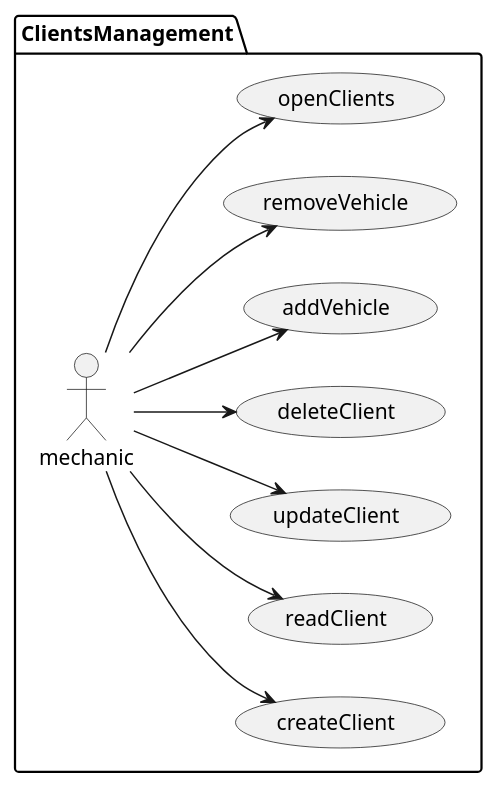
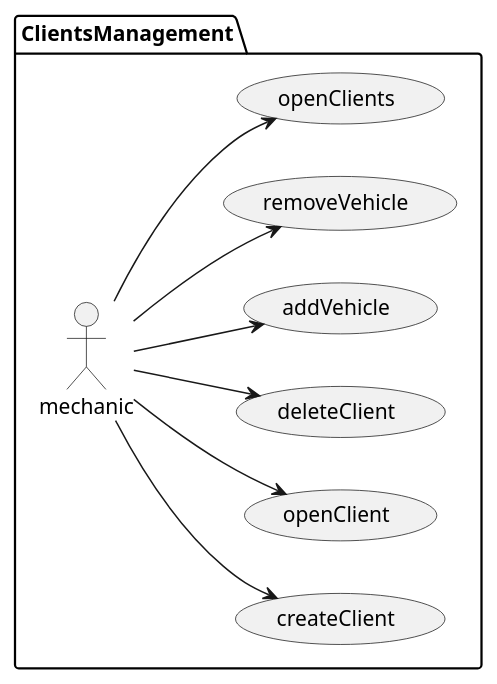
The diagram in documentation/requiremets/usecases/puml/clientUsecases.puml (Ruskab/agrimManager), drawn with PlantUML before and after one commit. The commit also changed 31 other files, not shown here.

```diff
--- a/documentation/requiremets/usecases/puml/clientUsecases.puml
+++ b/documentation/requiremets/usecases/puml/clientUsecases.puml
@@ -1,15 +1,14 @@
 @startuml
 
 left to right direction
 
 package ClientsManagement {
 :mechanic: --> (createClient)
-:mechanic: --> (readClient)
-:mechanic: --> (updateClient)
+:mechanic: --> (openClient)
 :mechanic: --> (deleteClient)
 :mechanic: --> (addVehicle)
 :mechanic: --> (removeVehicle)
 :mechanic: --> (openClients)
 }
 
 @enduml
```
